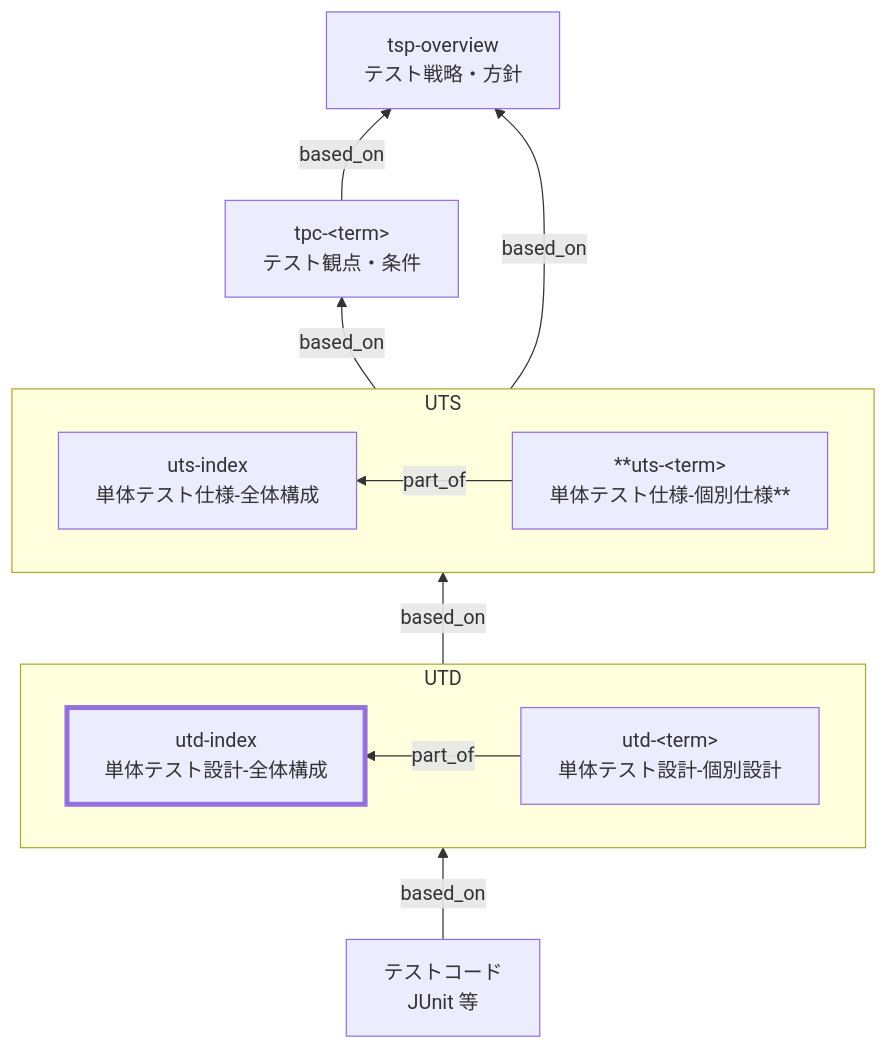
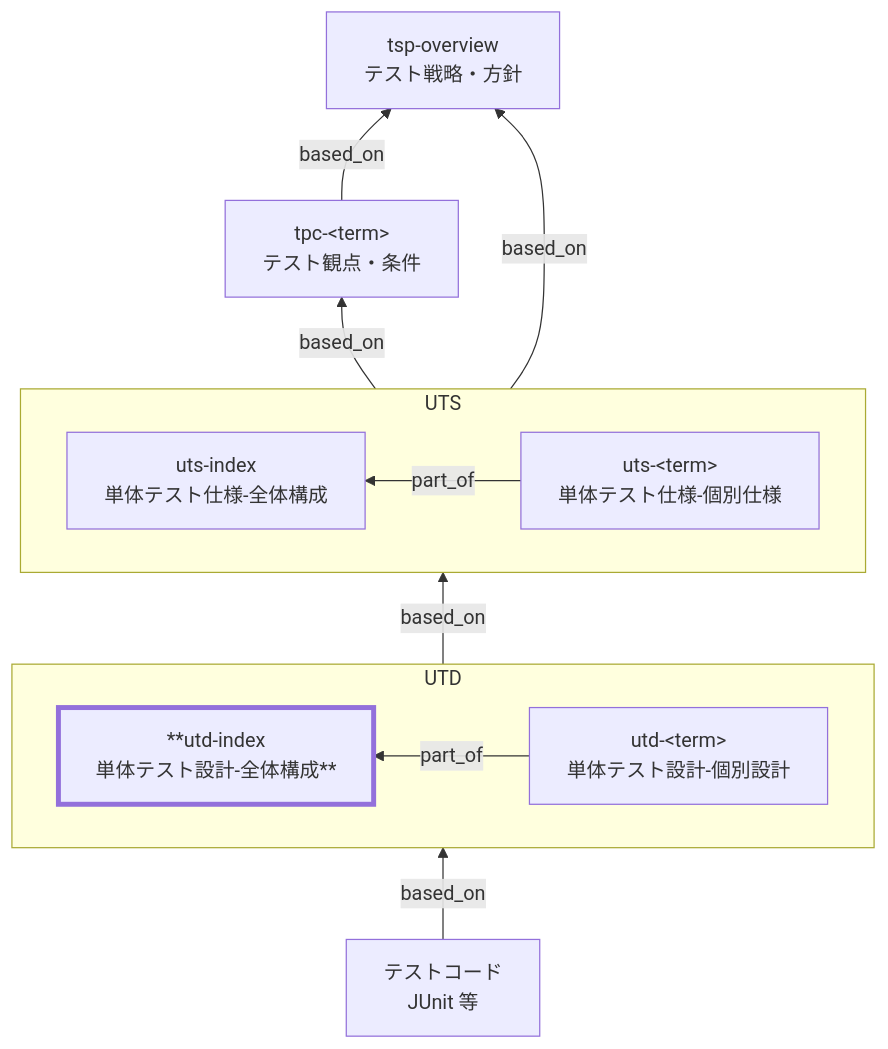
Before and after one commit to specdojo/spec-dojo-handbook: the diagram in docs/ja/handbook/rules/utd-index-rules.md, drawn with Mermaid. The commit also changed other lines of this file and 3 other files, not shown here.

````diff
--- a/docs/ja/handbook/rules/utd-index-rules.md
+++ b/docs/ja/handbook/rules/utd-index-rules.md
@@ -22,31 +22,31 @@
 ```mermaid
 flowchart BT
   TSP["tsp-overview<br>テスト戦略・方針"]
   TPC["tpc-&lt;term&gt;<br>テスト観点・条件"]
 
   subgraph UTS
   direction RL
     UTSIndex["uts-index<br>単体テスト仕様-全体構成"]
-    UTSDetail["**uts-&lt;term&gt;<br>単体テスト仕様-個別仕様**"]
+    UTSDetail["uts-&lt;term&gt;<br>単体テスト仕様-個別仕様"]
     UTSDetail -->|part_of| UTSIndex
   end
 
   subgraph UTD
   direction RL
-    UTDIndex["utd-index<br>単体テスト設計-全体構成"]
+    UTDIndex["**utd-index<br>単体テスト設計-全体構成**"]
     UTDDetail["utd-&lt;term&gt;<br>単体テスト設計-個別設計"]
     UTDDetail -->|part_of| UTDIndex
 end
 
   TC["テストコード<br>JUnit 等"]
 
   TPC -->|based_on| TSP
   UTD -->|based_on| UTS
   TC -->|based_on| UTD
   UTS -->|based_on| TSP
   UTS -->|based_on| TPC
 
 
   classDef target stroke-width:4px
   class UTDIndex target
 ```
````
